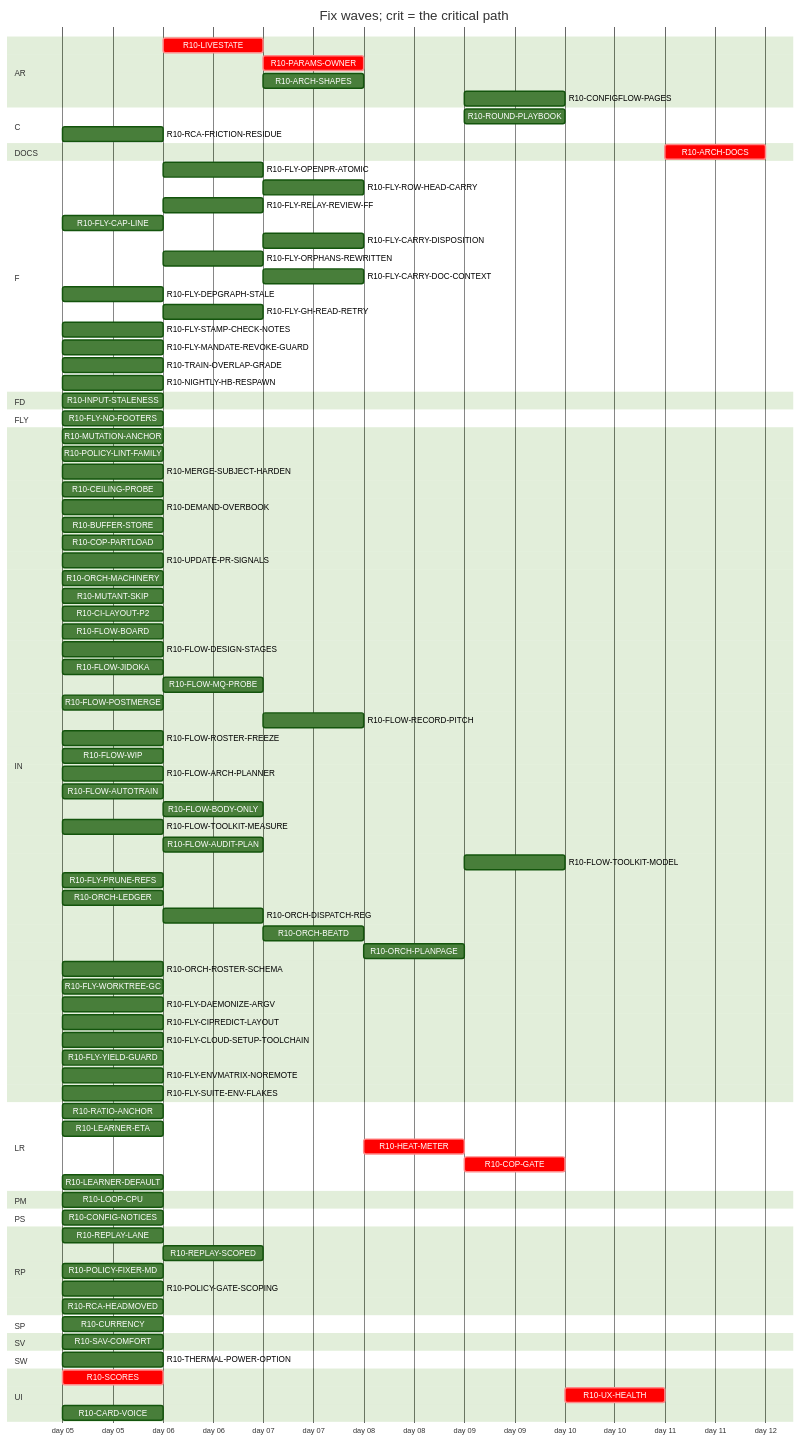
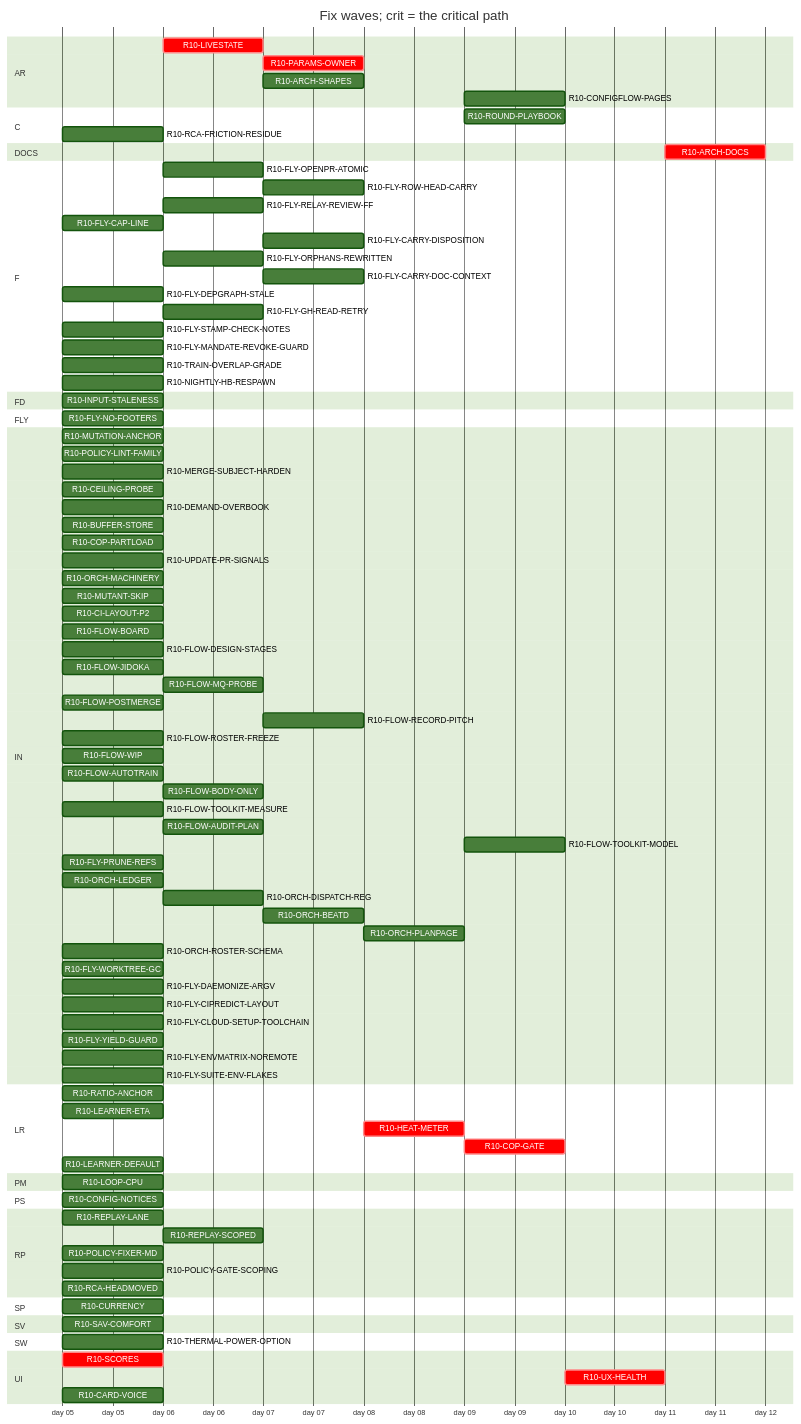
Before and after one commit to tvofi/heatpump_optimizer: the diagram in handoff/round10/state/PLAN-TABLE.md, drawn with Mermaid (forest theme). The commit also changed other lines of this file and 2 other files, not shown here.

Commit message:
state: NEXT-SESSION-PROMPT.md, PLAN-TABLE.md, RESUME-CURRENT.md regenerated (state_docs.py)

```diff
--- a/handoff/round10/state/PLAN-TABLE.md
+++ b/handoff/round10/state/PLAN-TABLE.md
@@ -36,7 +36,7 @@
     R10-ARCH-SHAPES :r10ARCHSHAPES, after r10LIVESTATE r10INPUTSTALENESS, 1d
     R10-CONFIGFLOW-PAGES :r10CONFIGFLOWPAGES, after r10HEATMETER, 1d
   section C
-    R10-ROUND-PLAYBOOK :r10ROUNDPLAYBOOK, after r10FLOWARCHPLANNER r10FLOWAUDITPLAN r10ORCHLEDGER r10ORCHDISPATCHREG r10ORCHBEATD r10ORCHPLANPAGE r10FLOWAUTOTRAIN r10CILAYOUTP2, 1d
+    R10-ROUND-PLAYBOOK :r10ROUNDPLAYBOOK, after r10FLOWAUDITPLAN r10ORCHLEDGER r10ORCHDISPATCHREG r10ORCHBEATD r10ORCHPLANPAGE r10FLOWAUTOTRAIN r10CILAYOUTP2, 1d
     R10-RCA-FRICTION-RESIDUE :r10RCAFRICTIONRESIDUE, 2026-01-05, 1d
   section DOCS
     R10-ARCH-DOCS :crit, r10ARCHDOCS, after r10RATIOANCHOR r10INPUTSTALENESS r10CURRENCY r10LOOPCPU r10SCORES r10LIVESTATE r10CONFIGNOTICES r10PARAMSOWNER r10ARCHSHAPES r10LEARNERETA r10HEATMETER r10COPGATE r10UXHEALTH r10CONFIGFLOWPAGES r10REPLAYLANE r10REPLAYSCOPED, 1d
@@ -78,11 +78,10 @@
     R10-FLOW-RECORD-PITCH :r10FLOWRECORDPITCH, after r10CILAYOUTP2 r10FLOWMQPROBE, 1d
     R10-FLOW-ROSTER-FREEZE :r10FLOWROSTERFREEZE, 2026-01-05, 1d
     R10-FLOW-WIP :r10FLOWWIP, 2026-01-05, 1d
-    R10-FLOW-ARCH-PLANNER :r10FLOWARCHPLANNER, 2026-01-05, 1d
     R10-FLOW-AUTOTRAIN :r10FLOWAUTOTRAIN, 2026-01-05, 1d
     R10-FLOW-BODY-ONLY :r10FLOWBODYONLY, after r10UPDATEPRSIGNALS, 1d
     R10-FLOW-TOOLKIT-MEASURE :r10FLOWTOOLKITMEASURE, 2026-01-05, 1d
-    R10-FLOW-AUDIT-PLAN :r10FLOWAUDITPLAN, after r10FLOWARCHPLANNER r10FLOWTOOLKITMEASURE, 1d
+    R10-FLOW-AUDIT-PLAN :r10FLOWAUDITPLAN, after r10FLOWTOOLKITMEASURE, 1d
     R10-FLOW-TOOLKIT-MODEL :r10FLOWTOOLKITMODEL, after r10ORCHPLANPAGE r10FLOWTOOLKITMEASURE, 1d
     R10-FLY-PRUNE-REFS :r10FLYPRUNEREFS, 2026-01-05, 1d
     R10-ORCH-LEDGER :r10ORCHLEDGER, 2026-01-05, 1d
```
